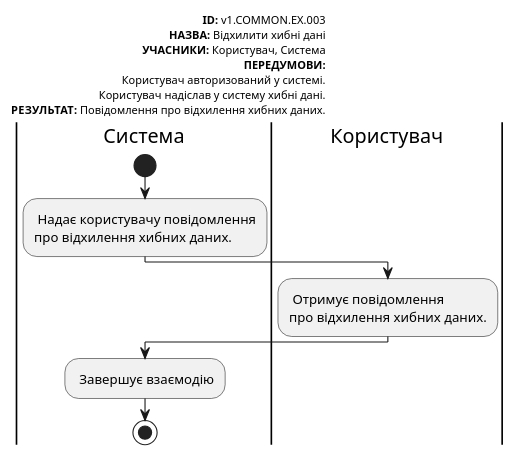
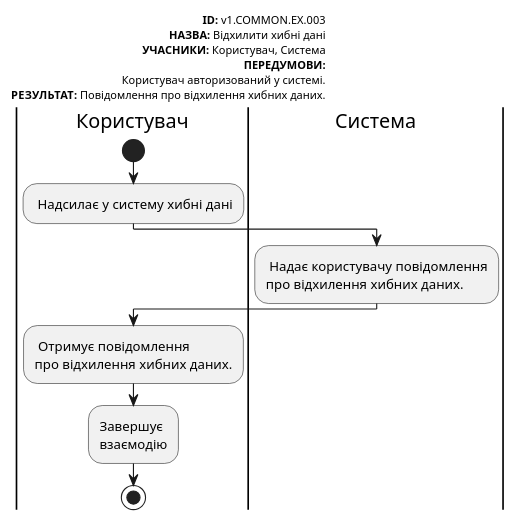
Before and after one commit to danilbezus/survey-expert: diagram 19 of 22 in docs/use cases/README.md, drawn with PlantUML. The commit also changed other lines of this file, not shown here.

```diff
--- a/docs/use cases/README.md
+++ b/docs/use cases/README.md
@@ -871,23 +981,25 @@
 @startuml
 
     left header
          <font color=000 size=10><b>ID:</b> v1.COMMON.EX.003
          <font color=000 size=10><b>НАЗВА:</b> Відхилити хибні дані
          <font color=000 size=10><b>УЧАСНИКИ:</b> Користувач, Система
          <font color=000 size=10><b>ПЕРЕДУМОВИ:</b>
          <font color=000 size=10>Користувач авторизований у системі.
-         <font color=000 size=10>Користувач надіслав у систему хибні дані.
          <font color=000 size=10><b>РЕЗУЛЬТАТ:</b> Повідомлення про відхилення хибних даних.
      end header
-     |Система|
+     |Користувач|
          start
+         : Надсилає у систему хибні дані;             
+     |Система|        
          : Надає користувачу повідомлення
          про відхилення хибних даних.;
      |Користувач|
          : Отримує повідомлення
-         про відхилення хибних даних.;
-     |Система|
-         : Завершує взаємодію;
-         stop;
+         про відхилення хибних даних.;           
+          :Завершує
+          взаємодію;
+
+          stop;
 
 @enduml
```
